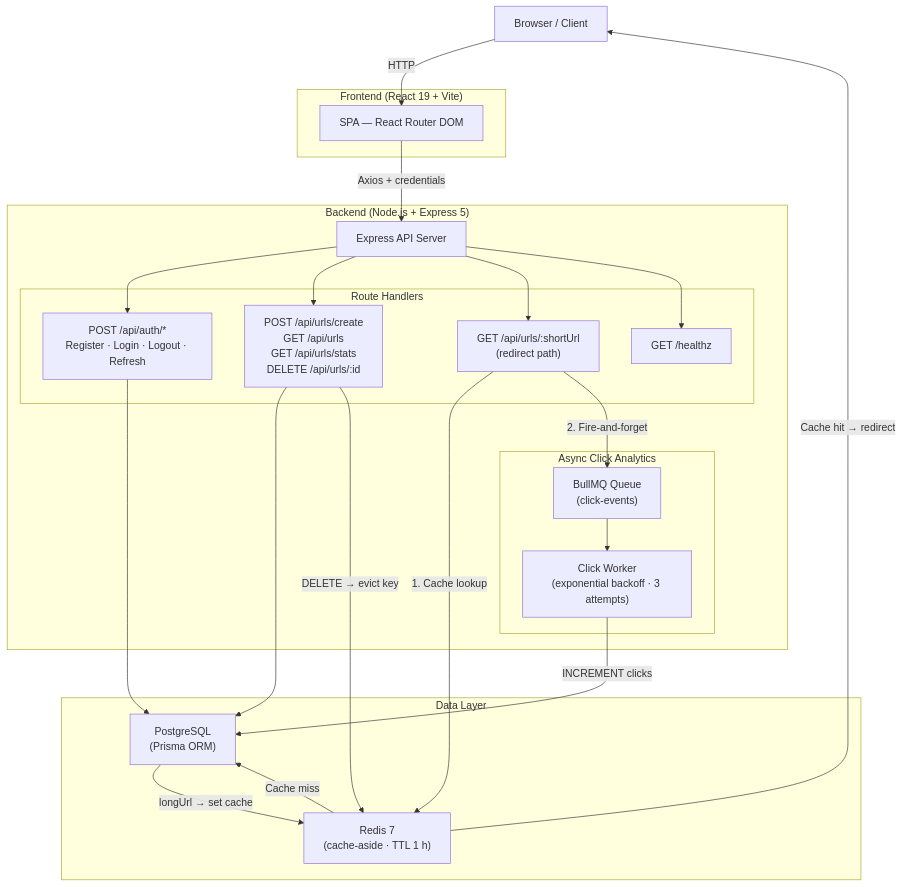
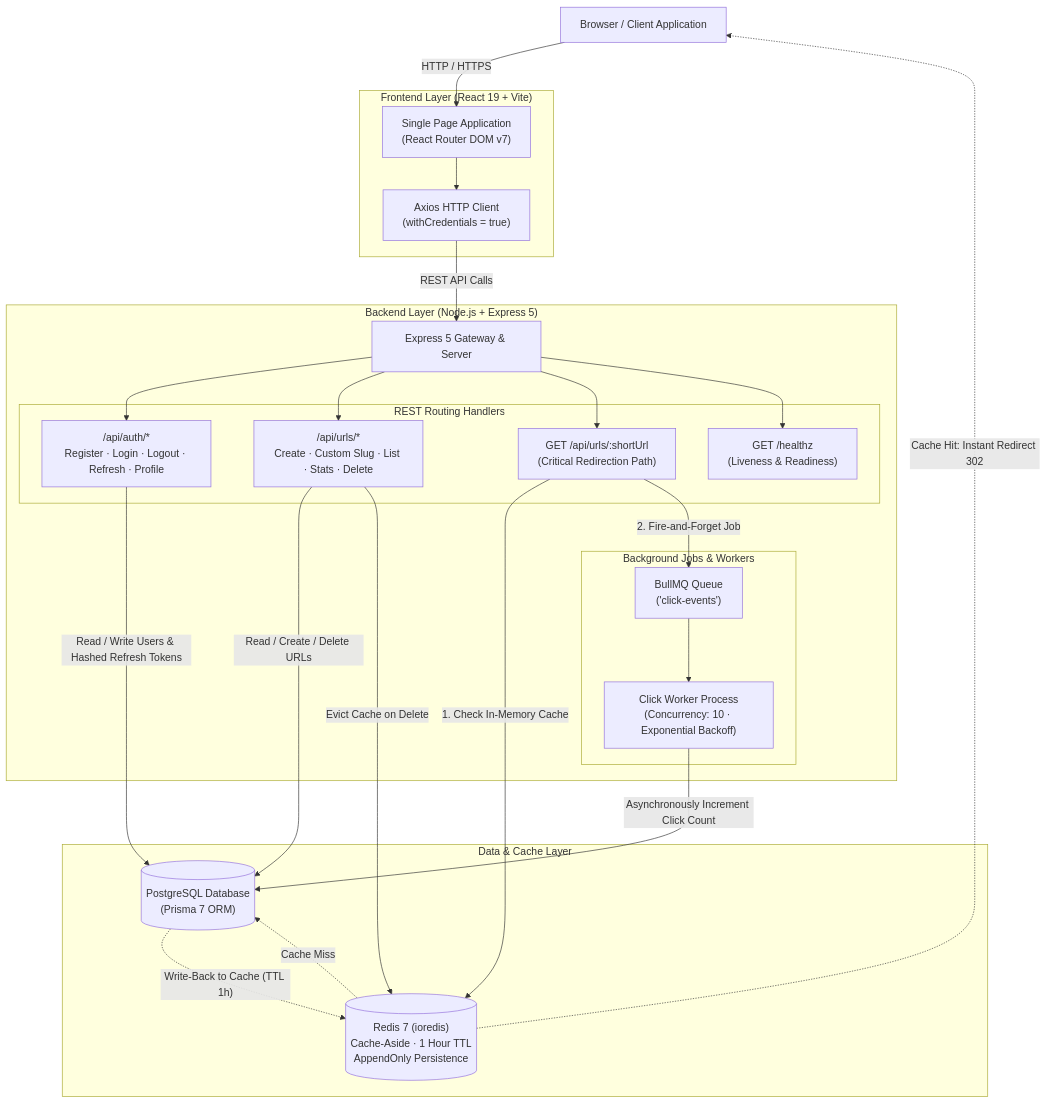
One commit to aasif-10/URL-Shortner changed the first of 3 diagrams in README.md. Above: the diagram before and after it, drawn with Mermaid. The commit also changed other lines of this file and 3 other files, not shown here.

Commit message:
docs: modernize root, backend, and frontend READMEs and add documentation guidelines

````diff
--- a/README.md
+++ b/README.md
@@ -9,48 +57,55 @@
 ```mermaid
 flowchart TD
-    Client["Browser / Client"]
+    Client["Browser / Client Application"]
 
-    subgraph Frontend["Frontend  (React 19 + Vite)"]
-        UI["SPA — React Router DOM"]
+    subgraph Frontend["Frontend Layer (React 19 + Vite)"]
+        UI["Single Page Application\n(React Router DOM v7)"]
+        AxiosClient["Axios HTTP Client\n(withCredentials = true)"]
     end
 
-    subgraph Backend["Backend  (Node.js + Express 5)"]
-        API["Express API Server"]
+    subgraph Backend["Backend Layer (Node.js + Express 5)"]
+        API["Express 5 Gateway & Server"]
 
-        subgraph Routes["Route Handlers"]
-            AuthR["POST /api/auth/*\nRegister · Login · Logout · Refresh"]
-            UrlR["POST /api/urls/create\nGET  /api/urls\nGET  /api/urls/stats\nDELETE /api/urls/:id"]
-            RedirectR["GET /api/urls/:shortUrl\n(redirect path)"]
-            Healthz["GET /healthz"]
+        subgraph Routes["REST Routing Handlers"]
+            AuthRoute["/api/auth/*\nRegister · Login · Logout · Refresh · Profile"]
+            UrlRoute["/api/urls/*\nCreate · Custom Slug · List · Stats · Delete"]
+            RedirectRoute["GET /api/urls/:shortUrl\n(Critical Redirection Path)"]
+            HealthCheck["GET /healthz\n(Liveness & Readiness)"]
         end
 
-        subgraph Queue["Async Click Analytics"]
-            BullMQ["BullMQ Queue\n(click-events)"]
-            Worker["Click Worker\n(exponential backoff · 3 attempts)"]
+        subgraph Queues["Background Jobs & Workers"]
+            BullQueue["BullMQ Queue\n('click-events')"]
+            ClickWorker["Click Worker Process\n(Concurrency: 10 · Exponential Backoff)"]
         end
     end
 
-    subgraph DataLayer["Data Layer"]
-        Redis["Redis 7\n(cache-aside · TTL 1 h)"]
-        Postgres["PostgreSQL\n(Prisma ORM)"]
+    subgraph Storage["Data & Cache Layer"]
+        RedisCache[("Redis 7 (ioredis)\nCache-Aside · 1 Hour TTL\nAppendOnly Persistence")]
+        PostgresDB[("PostgreSQL Database\n(Prisma 7 ORM)")]
     end
 
-    Client -->|"HTTP"| UI
-    UI -->|"Axios + credentials"| API
-    API --> AuthR
-    API --> UrlR
-    API --> RedirectR
-    API --> Healthz
+    Client -->|"HTTP / HTTPS"| UI
+    UI --> AxiosClient
+    AxiosClient -->|"REST API Calls"| API
 
-    RedirectR -->|"1. Cache lookup"| Redis
-    Redis -->|"Cache hit → redirect"| Client
-    Redis -->|"Cache miss"| Postgres
-    Postgres -->|"longUrl → set cache"| Redis
-    RedirectR -->|"2. Fire-and-forget"| BullMQ
-    BullMQ --> Worker
-    Worker -->|"INCREMENT clicks"| Postgres
+    API --> AuthRoute
+    API --> UrlRoute
+    API --> RedirectRoute
+    API --> HealthCheck
 
-    AuthR --> Postgres
-    UrlR --> Postgres
-    UrlR -->|"DELETE → evict key"| Redis
+    %% Redirect Flow
+    RedirectRoute -->|"1. Check In-Memory Cache"| RedisCache
+    RedisCache -.->|"Cache Hit: Instant Redirect 302"| Client
+    RedisCache -.->|"Cache Miss"| PostgresDB
+    PostgresDB -.->|"Write-Back to Cache (TTL 1h)"| RedisCache
+
+    %% Async Worker Flow
+    RedirectRoute -->|"2. Fire-and-Forget Job"| BullQueue
+    BullQueue --> ClickWorker
+    ClickWorker -->|"Asynchronously Increment Click Count"| PostgresDB
+
+    %% Auth & CRUD Flow
+    AuthRoute -->|"Read / Write Users & Hashed Refresh Tokens"| PostgresDB
+    UrlRoute -->|"Read / Create / Delete URLs"| PostgresDB
+    UrlRoute -->|"Evict Cache on Delete"| RedisCache
 ```
````
